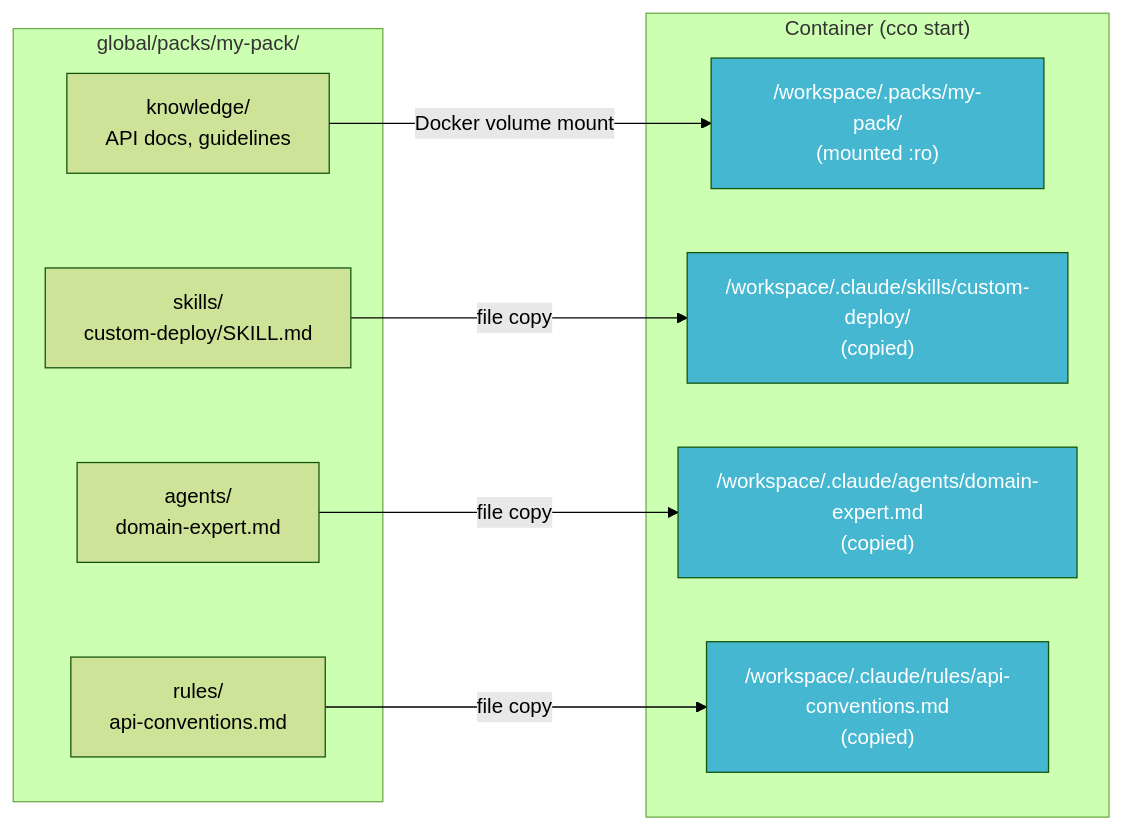
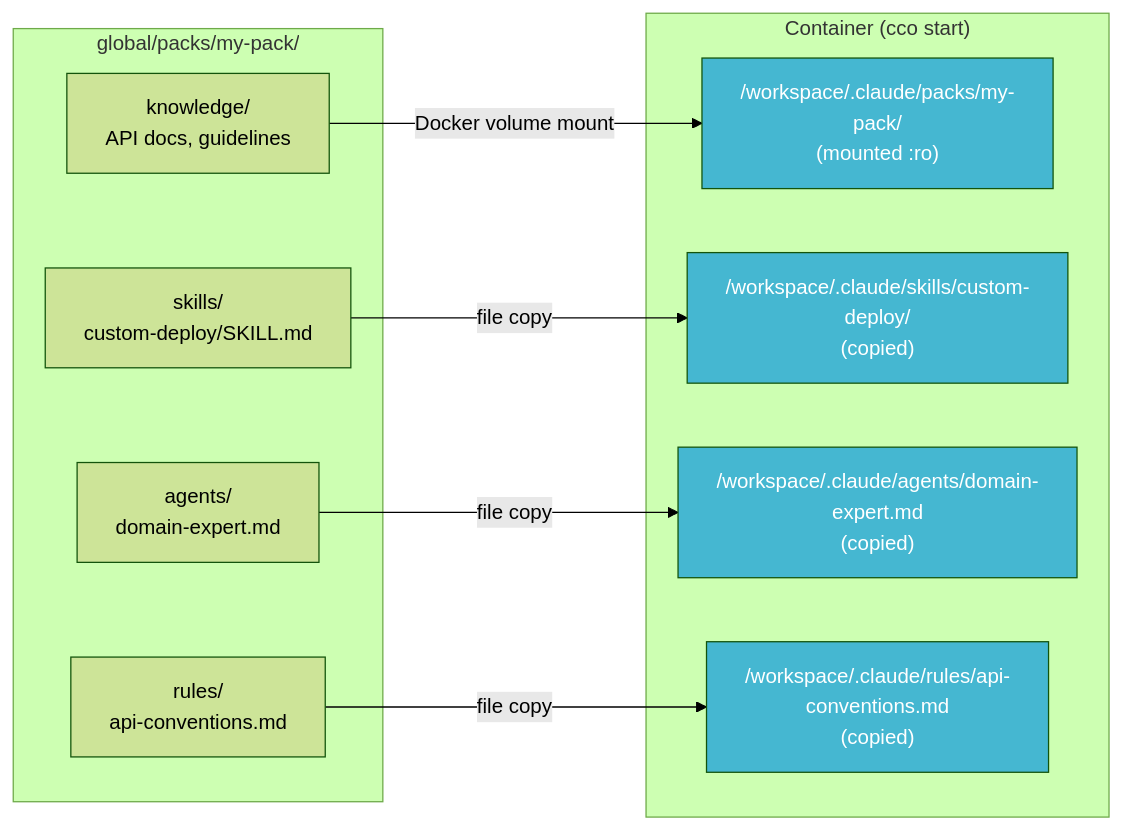
The second of 2 diagrams in docs/maintainer/scope-hierarchy/design.md (alergyonthestage/claude-orchestrator), drawn with Mermaid (forest theme) before and after one commit. The commit also changed other lines of this file and 9 other files, not shown here.

````diff
--- a/docs/maintainer/scope-hierarchy/design.md
+++ b/docs/maintainer/scope-hierarchy/design.md
@@ -200,26 +200,26 @@
 ```mermaid
 graph LR
     subgraph "global/packs/my-pack/"
         PK["knowledge/<br/>API docs, guidelines"]
         PS["skills/<br/>custom-deploy/SKILL.md"]
         PA["agents/<br/>domain-expert.md"]
         PR["rules/<br/>api-conventions.md"]
     end
 
     subgraph "Container (cco start)"
-        KM["/workspace/.packs/my-pack/<br/>(mounted :ro)"]
+        KM["/workspace/.claude/packs/my-pack/<br/>(mounted :ro)"]
         SC["/workspace/.claude/skills/custom-deploy/<br/>(copied)"]
         AC["/workspace/.claude/agents/domain-expert.md<br/>(copied)"]
         RC["/workspace/.claude/rules/api-conventions.md<br/>(copied)"]
     end
 
     PK -->|"Docker volume mount"| KM
     PS -->|"file copy"| SC
     PA -->|"file copy"| AC
     PR -->|"file copy"| RC
 
     style KM fill:#45b7d1,color:#fff
     style SC fill:#45b7d1,color:#fff
     style AC fill:#45b7d1,color:#fff
     style RC fill:#45b7d1,color:#fff
 ```
````
